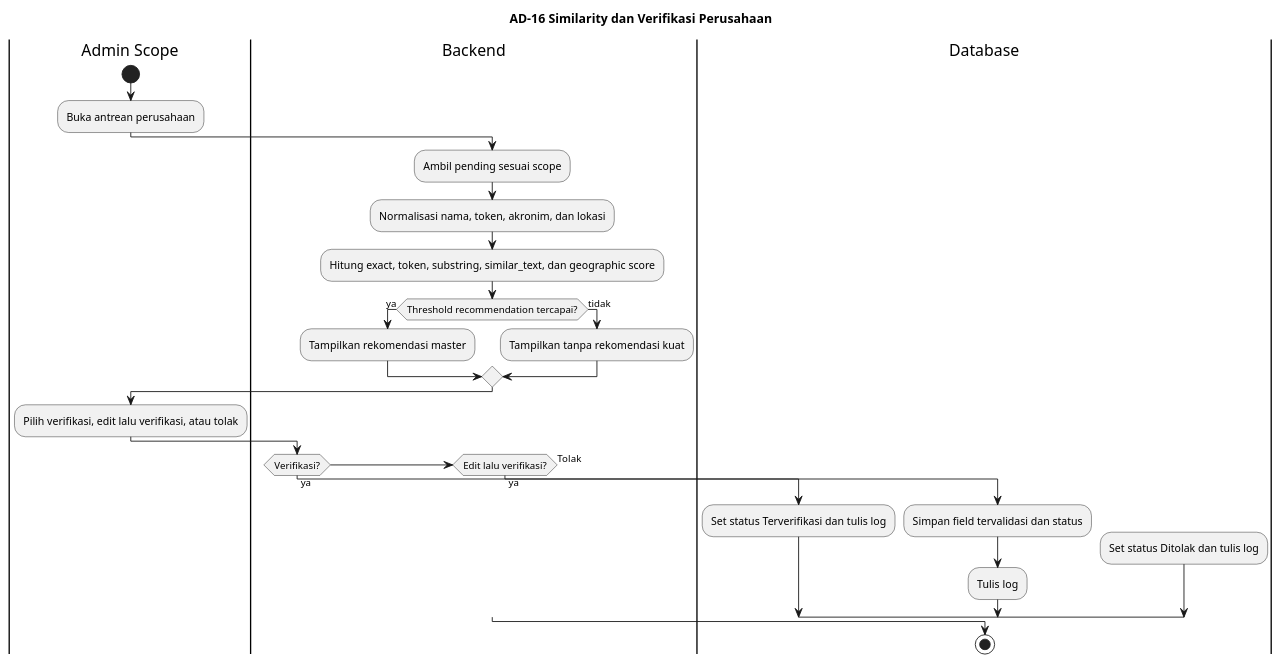
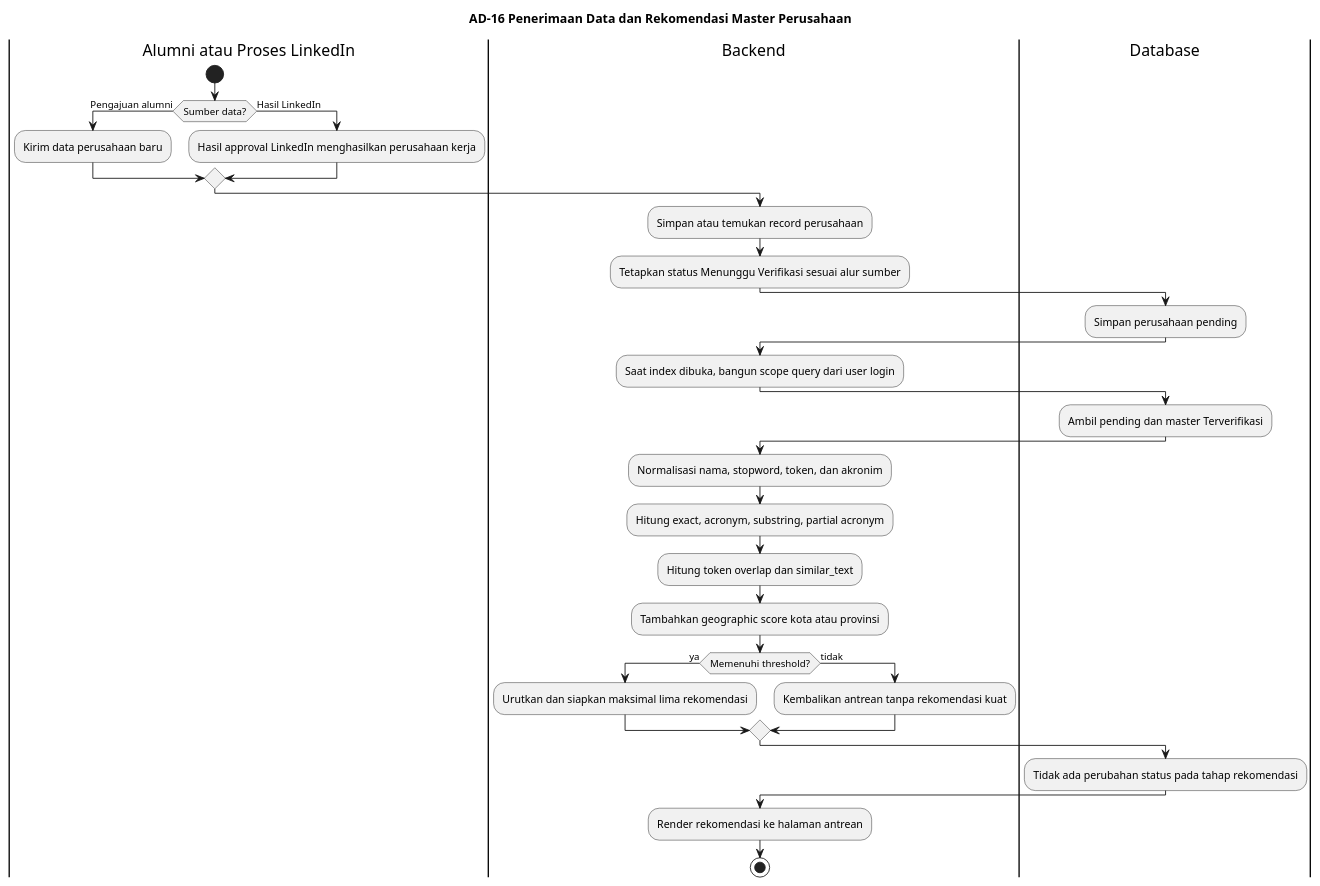
The diagram in docs/uml/activity-diagrams/AD-16-verifikasi-perusahaan.puml (claraanjelitakd/tugas-akhir), drawn with PlantUML before and after one commit. The commit also changed 83 other files, not shown here.

Commit message:
Audit and simplify alumni profile data

```diff
--- a/docs/uml/activity-diagrams/AD-16-verifikasi-perusahaan.puml
+++ b/docs/uml/activity-diagrams/AD-16-verifikasi-perusahaan.puml
@@ -1,30 +1,34 @@
 @startuml
-title AD-16 Similarity dan Verifikasi Perusahaan
-|Admin Scope|
+title AD-16 Penerimaan Data dan Rekomendasi Master Perusahaan
+|Alumni atau Proses LinkedIn|
 start
-:Buka antrean perusahaan;
+if (Sumber data?) then (Pengajuan alumni)
+  :Kirim data perusahaan baru;
+else (Hasil LinkedIn)
+  :Hasil approval LinkedIn menghasilkan perusahaan kerja;
+endif
 |Backend|
-:Ambil pending sesuai scope;
-:Normalisasi nama, token, akronim, dan lokasi;
-:Hitung exact, token, substring, similar_text, dan geographic score;
-if (Threshold recommendation tercapai?) then (ya)
-  :Tampilkan rekomendasi master;
+:Simpan atau temukan record perusahaan;
+:Tetapkan status Menunggu Verifikasi sesuai alur sumber;
+|Database|
+:Simpan perusahaan pending;
+|Backend|
+:Saat index dibuka, bangun scope query dari user login;
+|Database|
+:Ambil pending dan master Terverifikasi;
+|Backend|
+:Normalisasi nama, stopword, token, dan akronim;
+:Hitung exact, acronym, substring, partial acronym;
+:Hitung token overlap dan similar_text;
+:Tambahkan geographic score kota atau provinsi;
+if (Memenuhi threshold?) then (ya)
+  :Urutkan dan siapkan maksimal lima rekomendasi;
 else (tidak)
-  :Tampilkan tanpa rekomendasi kuat;
+  :Kembalikan antrean tanpa rekomendasi kuat;
 endif
-|Admin Scope|
-:Pilih verifikasi, edit lalu verifikasi, atau tolak;
+|Database|
+:Tidak ada perubahan status pada tahap rekomendasi;
 |Backend|
-if (Verifikasi?) then (ya)
-  |Database|
-  :Set status Terverifikasi dan tulis log;
-elseif (Edit lalu verifikasi?) then (ya)
-  |Database|
-  :Simpan field tervalidasi dan status;
-  :Tulis log;
-else (Tolak)
-  |Database|
-  :Set status Ditolak dan tulis log;
-endif
+:Render rekomendasi ke halaman antrean;
 stop
 @enduml
```
